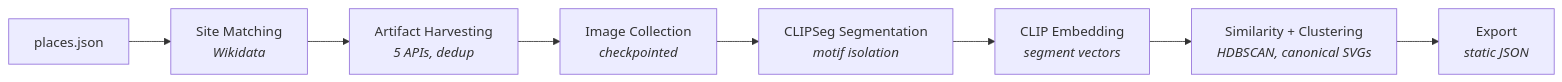
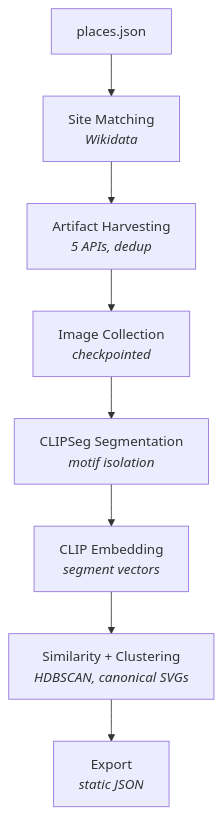
The diagram in README.md (ebrinz/ancient-locs), drawn with Mermaid before and after one commit.

Commit message:
docs: use vertical mermaid flowchart for pipeline diagram

````diff
--- a/README.md
+++ b/README.md
@@ -11,10 +11,10 @@
 ```mermaid
-graph LR
+flowchart TD
     A[places.json] --> B[Site Matching<br/><i>Wikidata</i>]
     B --> C[Artifact Harvesting<br/><i>5 APIs, dedup</i>]
     C --> D[Image Collection<br/><i>checkpointed</i>]
     D --> E[CLIPSeg Segmentation<br/><i>motif isolation</i>]
     E --> F[CLIP Embedding<br/><i>segment vectors</i>]
     F --> G[Similarity + Clustering<br/><i>HDBSCAN, canonical SVGs</i>]
     G --> H[Export<br/><i>static JSON</i>]
 ```
````
